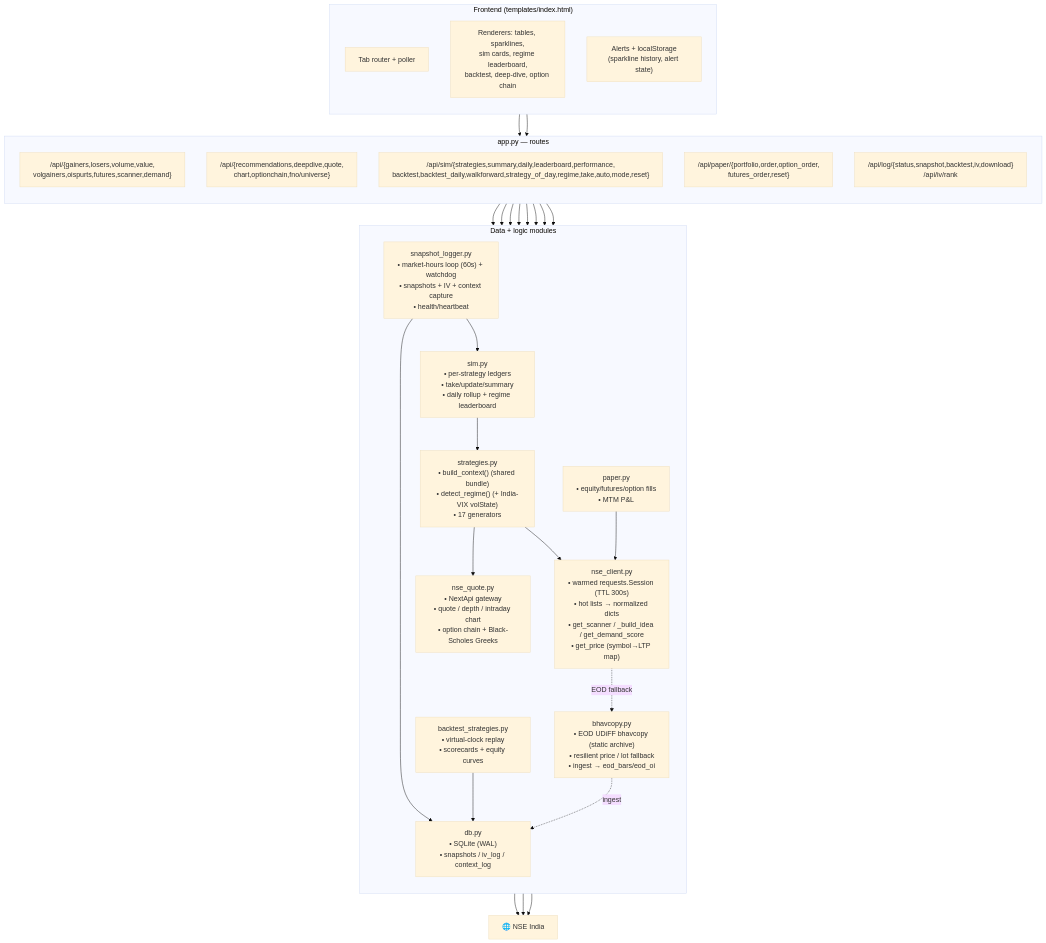
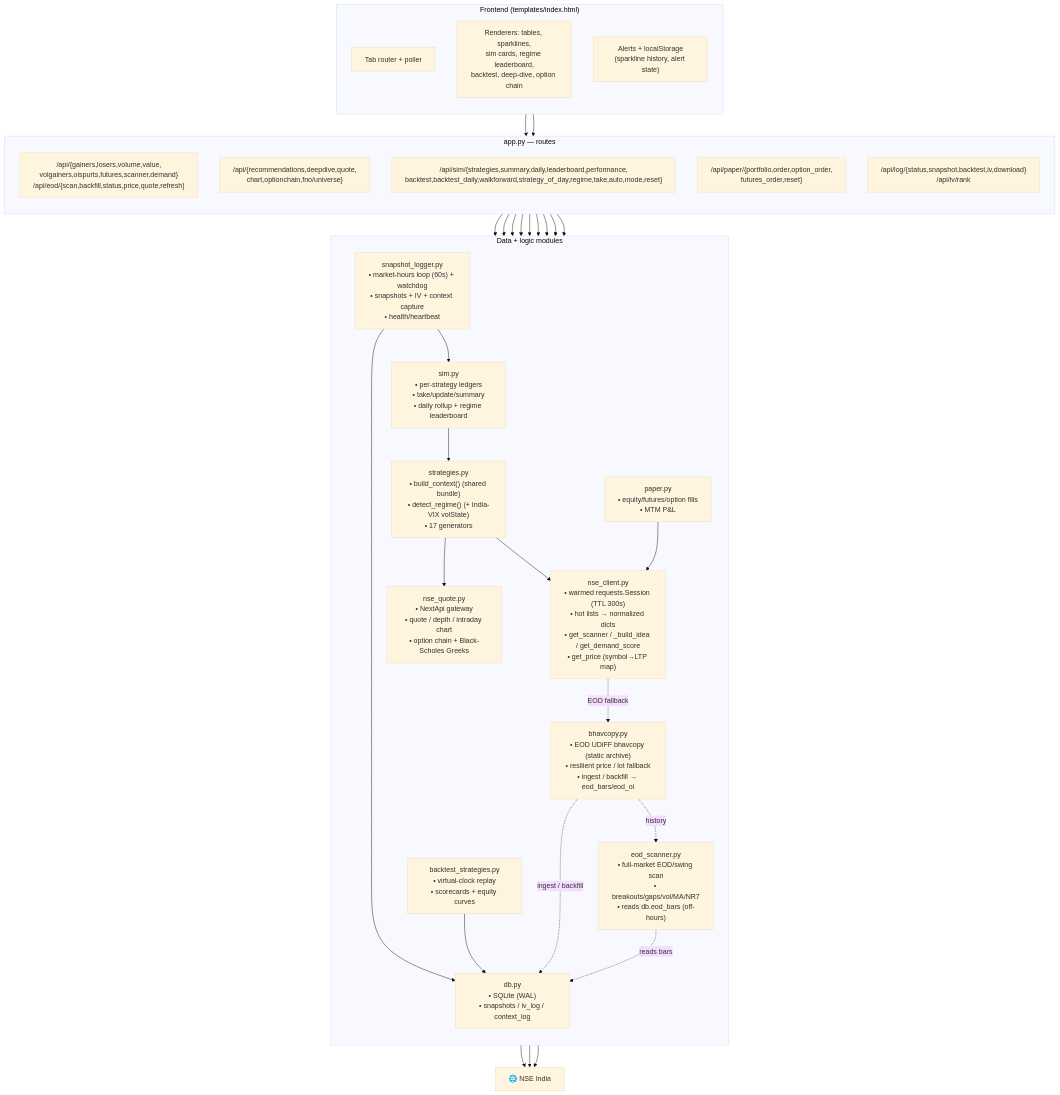
One commit to aakash-jain-1/nse-market-pulse changed the third of 8 diagrams in README.md. Above: the diagram before and after it, drawn with Mermaid (base theme). The commit also changed other lines of this file and 11 other files, not shown here.

````diff
--- a/README.md
+++ b/README.md
@@ -232,51 +233,55 @@
 ```mermaid
 flowchart TB
     subgraph FE["Frontend (templates/index.html)"]
         direction TB
         TABS["Tab router + poller"]
         REND["Renderers: tables, sparklines,<br/>sim cards, regime leaderboard,<br/>backtest, deep-dive, option chain"]
         ALERT["Alerts + localStorage<br/>(sparkline history, alert state)"]
     end
 
     subgraph API["app.py — routes"]
         direction TB
-        R1["/api/{gainers,losers,volume,value,<br/>volgainers,oispurts,futures,scanner,demand}"]
+        R1["/api/{gainers,losers,volume,value,<br/>volgainers,oispurts,futures,scanner,demand}<br/>/api/eod/{scan,backfill,status,price,quote,refresh}"]
         R2["/api/{recommendations,deepdive,quote,<br/>chart,optionchain,fno/universe}"]
         R3["/api/sim/{strategies,summary,daily,leaderboard,performance,<br/>backtest,backtest_daily,walkforward,strategy_of_day,regime,take,auto,mode,reset}"]
         R4["/api/paper/{portfolio,order,option_order,<br/>futures_order,reset}"]
         R5["/api/log/{status,snapshot,backtest,iv,download}<br/>/api/iv/rank"]
     end
 
     subgraph DATA["Data + logic modules"]
         direction TB
         NC["nse_client.py<br/>• warmed requests.Session (TTL 300s)<br/>• hot lists → normalized dicts<br/>• get_scanner / _build_idea / get_demand_score<br/>• get_price (symbol→LTP map)"]
         NQ["nse_quote.py<br/>• NextApi gateway<br/>• quote / depth / intraday chart<br/>• option chain + Black-Scholes Greeks"]
-        BC["bhavcopy.py<br/>• EOD UDiFF bhavcopy (static archive)<br/>• resilient price / lot fallback<br/>• ingest → eod_bars/eod_oi"]
+        BC["bhavcopy.py<br/>• EOD UDiFF bhavcopy (static archive)<br/>• resilient price / lot fallback<br/>• ingest / backfill → eod_bars/eod_oi"]
+        ES["eod_scanner.py<br/>• full-market EOD/swing scan<br/>• breakouts/gaps/vol/MA/NR7<br/>• reads db.eod_bars (off-hours)"]
         ST["strategies.py<br/>• build_context() (shared bundle)<br/>• detect_regime() (+ India-VIX volState)<br/>• 17 generators"]
         SM["sim.py<br/>• per-strategy ledgers<br/>• take/update/summary<br/>• daily rollup + regime leaderboard"]
         BK["backtest_strategies.py<br/>• virtual-clock replay<br/>• scorecards + equity curves"]
         PP["paper.py<br/>• equity/futures/option fills<br/>• MTM P&L"]
         SL["snapshot_logger.py<br/>• market-hours loop (60s) + watchdog<br/>• snapshots + IV + context capture<br/>• health/heartbeat"]
         DBM["db.py<br/>• SQLite (WAL)<br/>• snapshots / iv_log / context_log"]
     end
 
     NSEAPI["🌐 NSE India"]
 
     TABS --> API
     REND --> API
     R1 --> NC
     R2 --> NC & NQ
     R3 --> SM & BK & ST
     R4 --> PP
     R5 --> SL
     NC --> NSEAPI
     NQ --> NSEAPI
     ST --> NC & NQ
     SM --> ST
     SL --> SM & DBM
     BK --> DBM
     PP --> NC
     NC -.EOD fallback.-> BC
     BC --> NSEAPI
-    BC -.ingest.-> DBM
+    BC -.ingest / backfill.-> DBM
+    R1 --> ES
+    ES -.reads bars.-> DBM
+    BC -.history.-> ES
 ```
````
